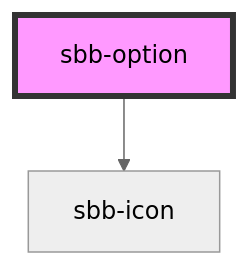
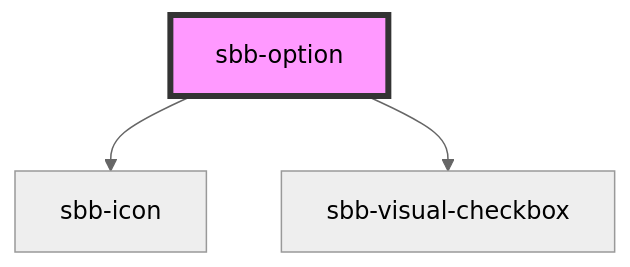
Before and after one commit to sbb-design-systems/lyne-components: the diagram in src/components/sbb-option/readme.md, drawn with Mermaid (neutral theme). The commit also changed other lines of this file and 31 other files, not shown here.

````diff
--- a/src/components/sbb-option/readme.md
+++ b/src/components/sbb-option/readme.md
@@ -117,5 +118,6 @@
 ```mermaid
 graph TD;
   sbb-option --> sbb-icon
+  sbb-option --> sbb-visual-checkbox
   style sbb-option fill:#f9f,stroke:#333,stroke-width:4px
 ```
````
